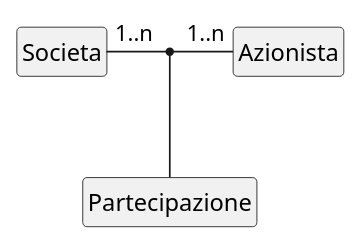
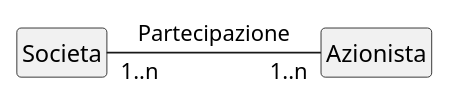
One commit to gionatamassibenincasa/as-24-25 changed the eighth of 10 diagrams in 5asia/manuale.md. Above: the diagram before and after it, drawn with PlantUML. The commit also changed other lines of this file and 23 other files, not shown here.

````diff
--- a/5asia/manuale.md
+++ b/5asia/manuale.md
@@ -243,22 +243,18 @@
 ```plantuml
 @startuml esempioAssnnConc
 hide circle
 hide methods
 hide attributes
 
 class Societa {
   **partitaIVA** {id}
   ...
 }
 class Azionista {
   **CF** {id}
   ...
 }
-class Partecipazione {
-  quota
-}
 
-Societa "1..n" - "1..n" Azionista
-(Societa, Azionista) -- Partecipazione
+Societa "1..n" - "1..n" Azionista: Partecipazione
 @enduml
 ```
````
